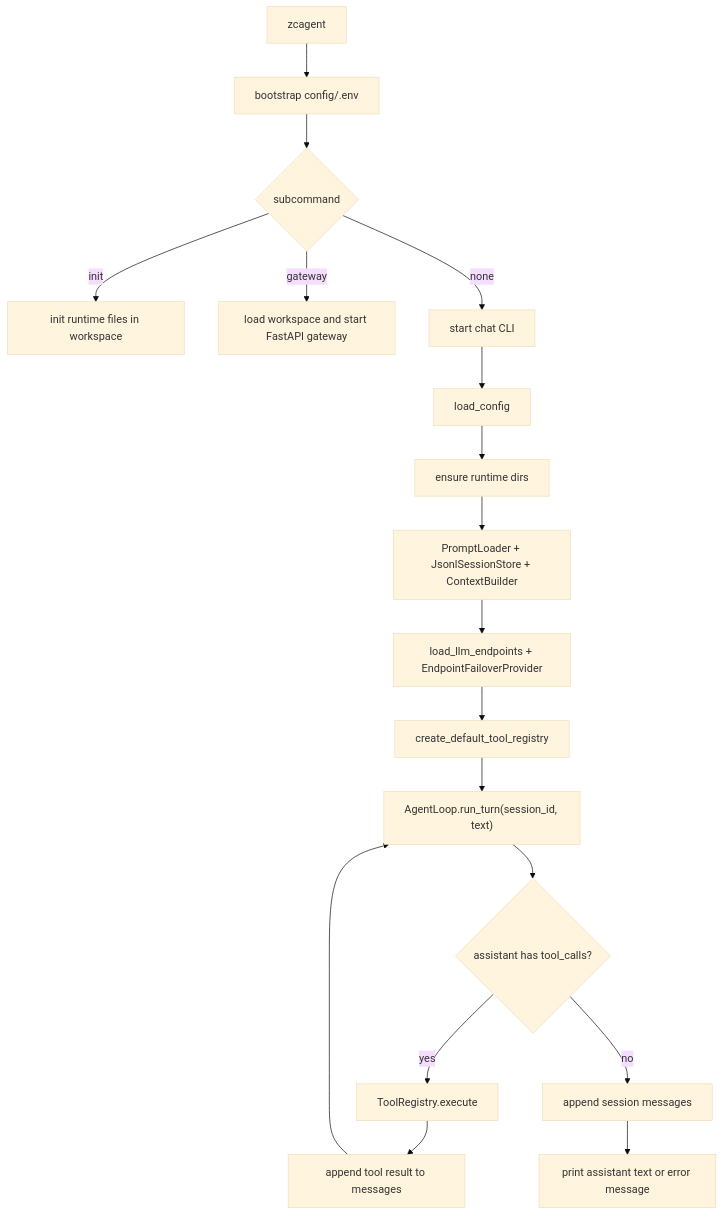
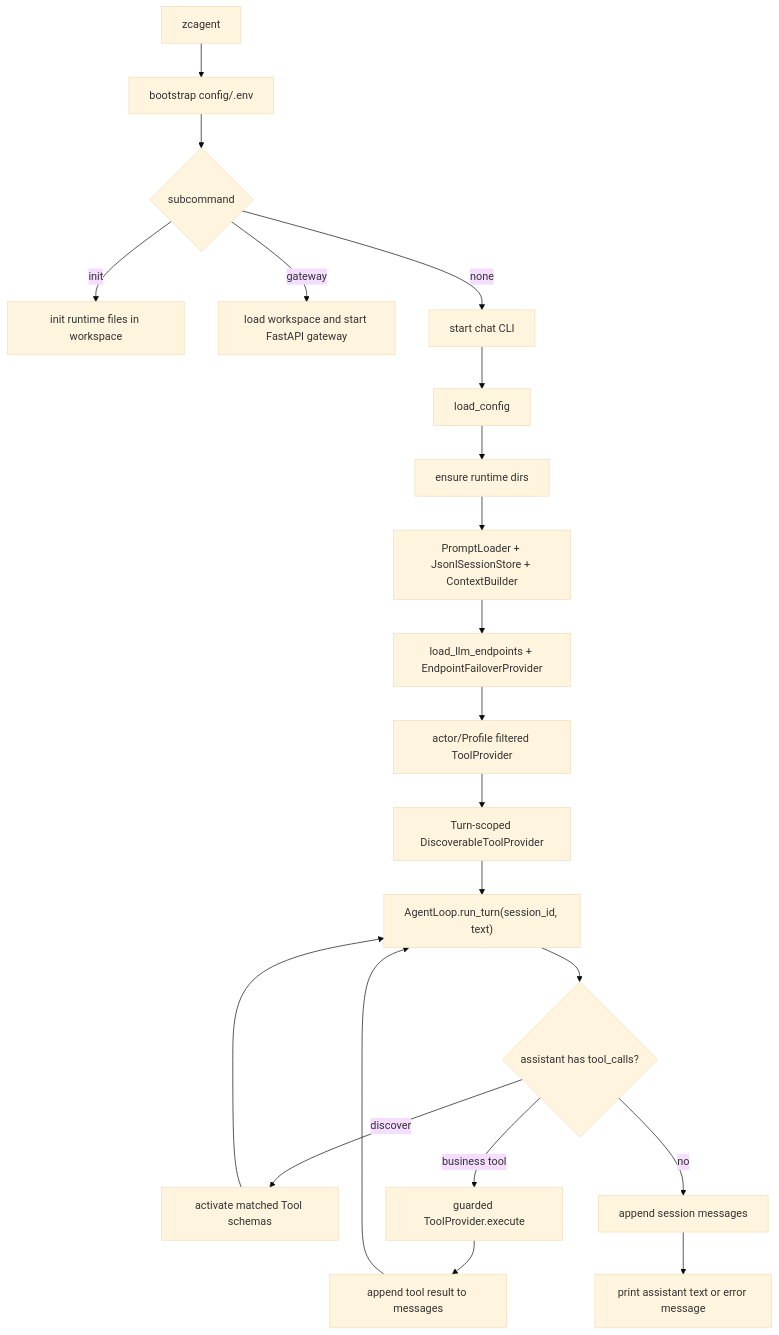
The diagram in docs_design/zhice-agent-overall-design.md (zcjMoxx/zhice_agent), drawn with Mermaid (base theme) before and after one commit. The commit also changed other lines of this file and 127 other files, not shown here.

````diff
--- a/docs_design/zhice-agent-overall-design.md
+++ b/docs_design/zhice-agent-overall-design.md
@@ -461,21 +489,24 @@
 ```mermaid
 flowchart TD
     A["zcagent"] --> B["bootstrap config/.env"]
     B --> C{"subcommand"}
     C -->|"init"| D["init runtime files in workspace"]
     C -->|"gateway"| E["load workspace and start FastAPI gateway"]
     C -->|"none"| F["start chat CLI"]
 
     F --> G["load_config"]
     G --> H["ensure runtime dirs"]
     H --> I["PromptLoader + JsonlSessionStore + ContextBuilder"]
     I --> J["load_llm_endpoints + EndpointFailoverProvider"]
-    J --> T["create_default_tool_registry"]
-    T --> K["AgentLoop.run_turn(session_id, text)"]
+    J --> T["actor/Profile filtered ToolProvider"]
+    T --> U["Turn-scoped DiscoverableToolProvider"]
+    U --> K["AgentLoop.run_turn(session_id, text)"]
     K --> L{"assistant has tool_calls?"}
-    L -->|"yes"| N["ToolRegistry.execute"]
+    L -->|"discover"| V["activate matched Tool schemas"]
+    V --> K
+    L -->|"business tool"| N["guarded ToolProvider.execute"]
     N --> O["append tool result to messages"]
     O --> K
     L -->|"no"| P["append session messages"]
     P --> M["print assistant text or error message"]
 ```
````
